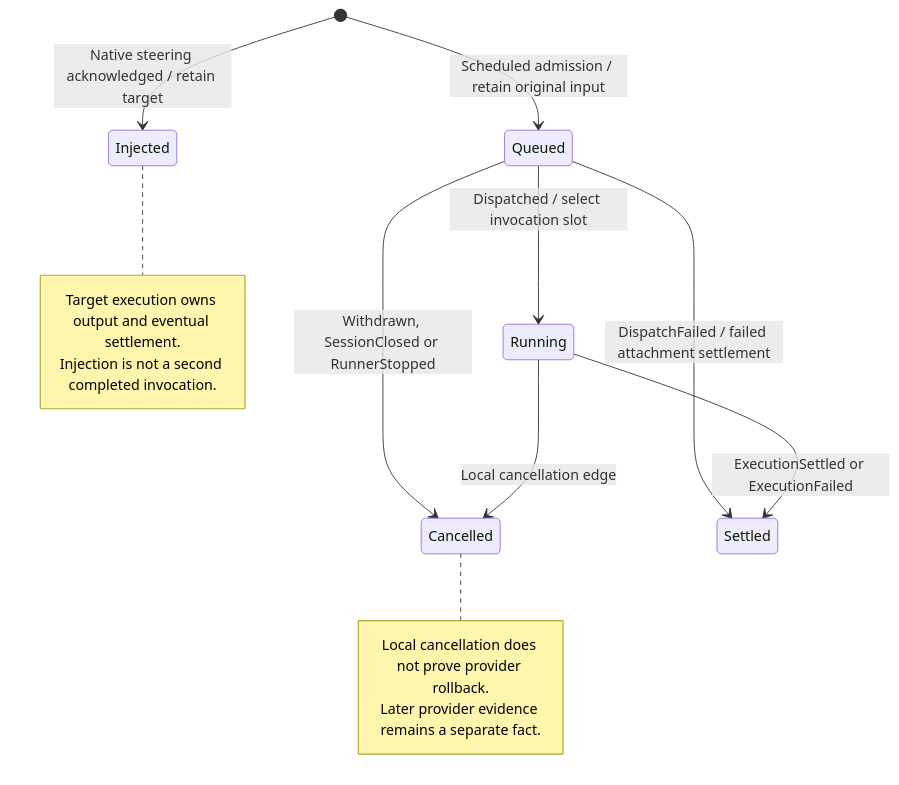
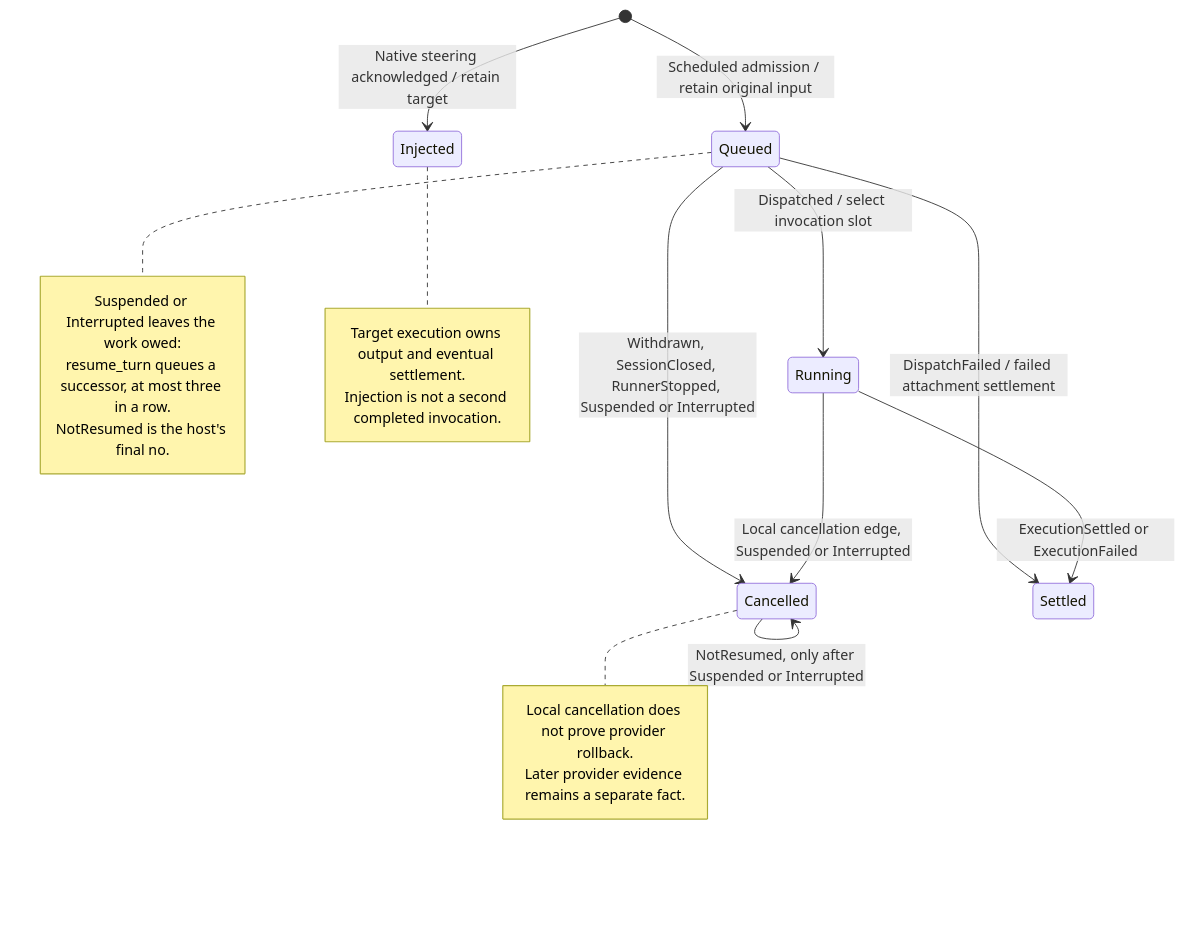
The diagram in docs/state/services/sdk/scheduling.md (nessalabs/nessa-agent), drawn with Mermaid before and after one commit. The commit also changed other lines of this file and 42 other files, not shown here.

First line of the commit message:
Resume unfinished agent turns after a gateway restart

````diff
--- a/docs/state/services/sdk/scheduling.md
+++ b/docs/state/services/sdk/scheduling.md
@@ -23,18 +23,24 @@
 ```mermaid
 stateDiagram-v2
     [*] --> Queued: Scheduled admission / retain original input
     Queued --> Running: Dispatched / select invocation slot
-    Queued --> Cancelled: Withdrawn, SessionClosed or RunnerStopped
+    Queued --> Cancelled: Withdrawn, SessionClosed, RunnerStopped, Suspended or Interrupted
     Queued --> Settled: DispatchFailed / failed attachment settlement
     Running --> Settled: ExecutionSettled or ExecutionFailed
-    Running --> Cancelled: Local cancellation edge
+    Running --> Cancelled: Local cancellation edge, Suspended or Interrupted
+    Cancelled --> Cancelled: NotResumed, only after Suspended or Interrupted
+    note right of Queued
+        Suspended or Interrupted leaves the work owed:
+        resume_turn queues a successor, at most three in a row.
+        NotResumed is the host's final no.
+    end note
     [*] --> Injected: Native steering acknowledged / retain target
     note right of Injected
         Target execution owns output and eventual settlement.
         Injection is not a second completed invocation.
     end note
     note right of Cancelled
         Local cancellation does not prove provider rollback.
         Later provider evidence remains a separate fact.
     end note
 ```
````
